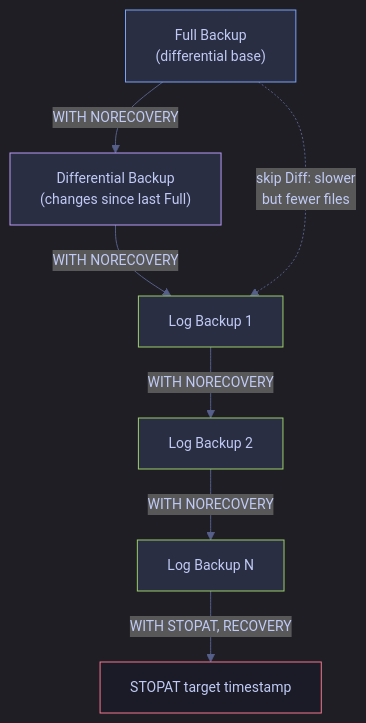
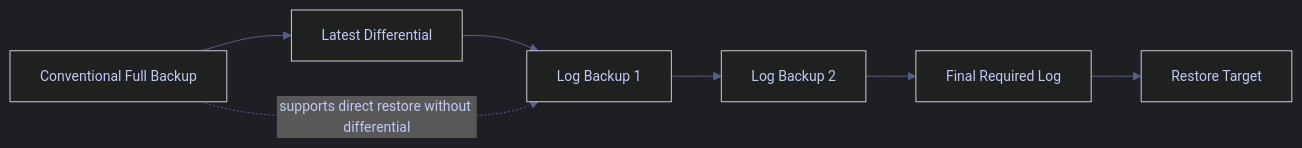
Before and after one commit to alp78/elysium: the diagram in content/04-SQL-Server/Administration/backup-types-and-strategy.md, drawn with Mermaid. The commit also changed other lines of this file and 12 other files, not shown here.

````diff
--- a/content/04-SQL-Server/Administration/backup-types-and-strategy.md
+++ b/content/04-SQL-Server/Administration/backup-types-and-strategy.md
@@ -77,36 +53,21 @@
 ```mermaid
 %%{init: {'theme': 'dark', 'themeVariables': {
   'primaryColor': '#292e42',
   'primaryTextColor': '#c0caf5',
   'primaryBorderColor': '#565f89',
   'lineColor': '#565f89',
   'secondaryColor': '#1a1b26',
   'tertiaryColor': '#24283b',
   'noteTextColor': '#c0caf5',
   'noteBkgColor': '#292e42',
   'textColor': '#c0caf5',
   'fontSize': '14px'
 }}}%%
-flowchart TD
-    FULL["Full Backup<br/>(differential base)"]
-    DIFF["Differential Backup<br/>(changes since last Full)"]
-    LOG1["Log Backup 1"]
-    LOG2["Log Backup 2"]
-    LOG3["Log Backup N"]
-    STOPAT["STOPAT target timestamp"]
-
-    FULL -->|"WITH NORECOVERY"| DIFF
-    DIFF -->|"WITH NORECOVERY"| LOG1
-    LOG1 -->|"WITH NORECOVERY"| LOG2
-    LOG2 -->|"WITH NORECOVERY"| LOG3
-    LOG3 -->|"WITH STOPAT, RECOVERY"| STOPAT
-
-    FULL -.->|"skip Diff: slower<br/>but fewer files"| LOG1
-
-    style FULL fill:#292e42,stroke:#7aa2f7,color:#c0caf5
-    style DIFF fill:#292e42,stroke:#bb9af7,color:#c0caf5
-    style LOG1 fill:#292e42,stroke:#9ece6a,color:#c0caf5
-    style LOG2 fill:#292e42,stroke:#9ece6a,color:#c0caf5
-    style LOG3 fill:#292e42,stroke:#9ece6a,color:#c0caf5
-    style STOPAT fill:#1a1b26,stroke:#f7768e,color:#c0caf5
+flowchart LR
+    F[Conventional Full Backup] --> D[Latest Differential]
+    D --> L1[Log Backup 1]
+    L1 --> L2[Log Backup 2]
+    L2 --> LN[Final Required Log]
+    LN --> R[Restore Target]
+    F -. supports direct restore without differential .-> L1
 ```
````
